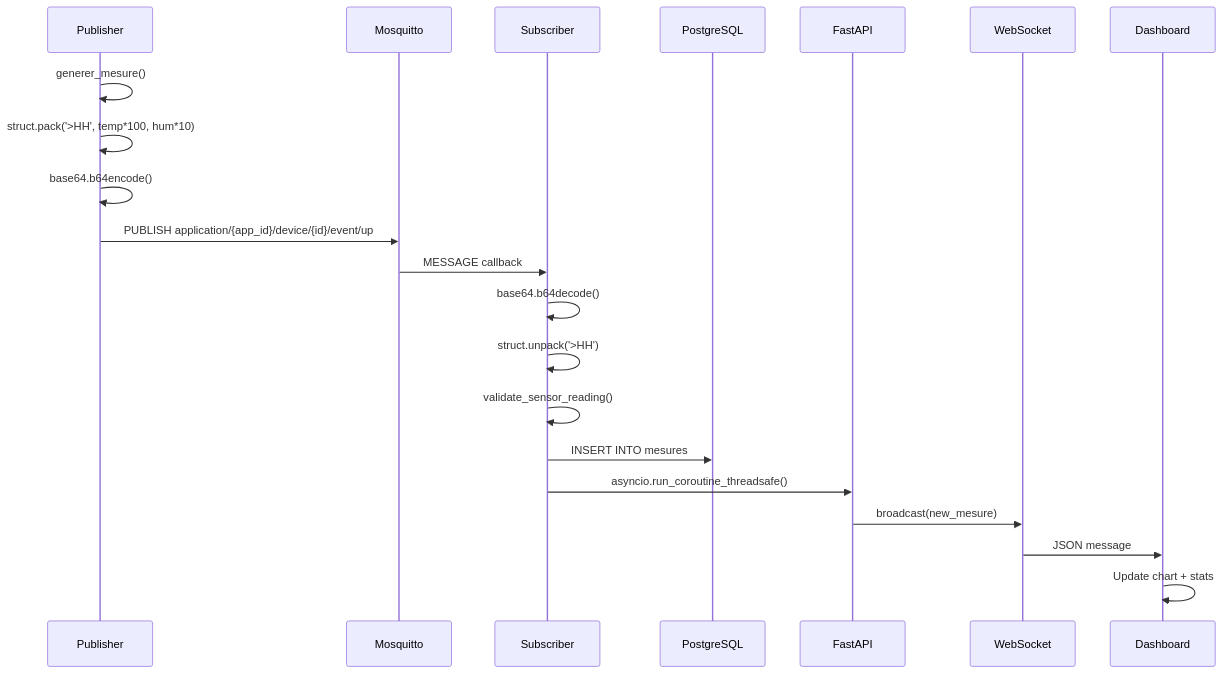
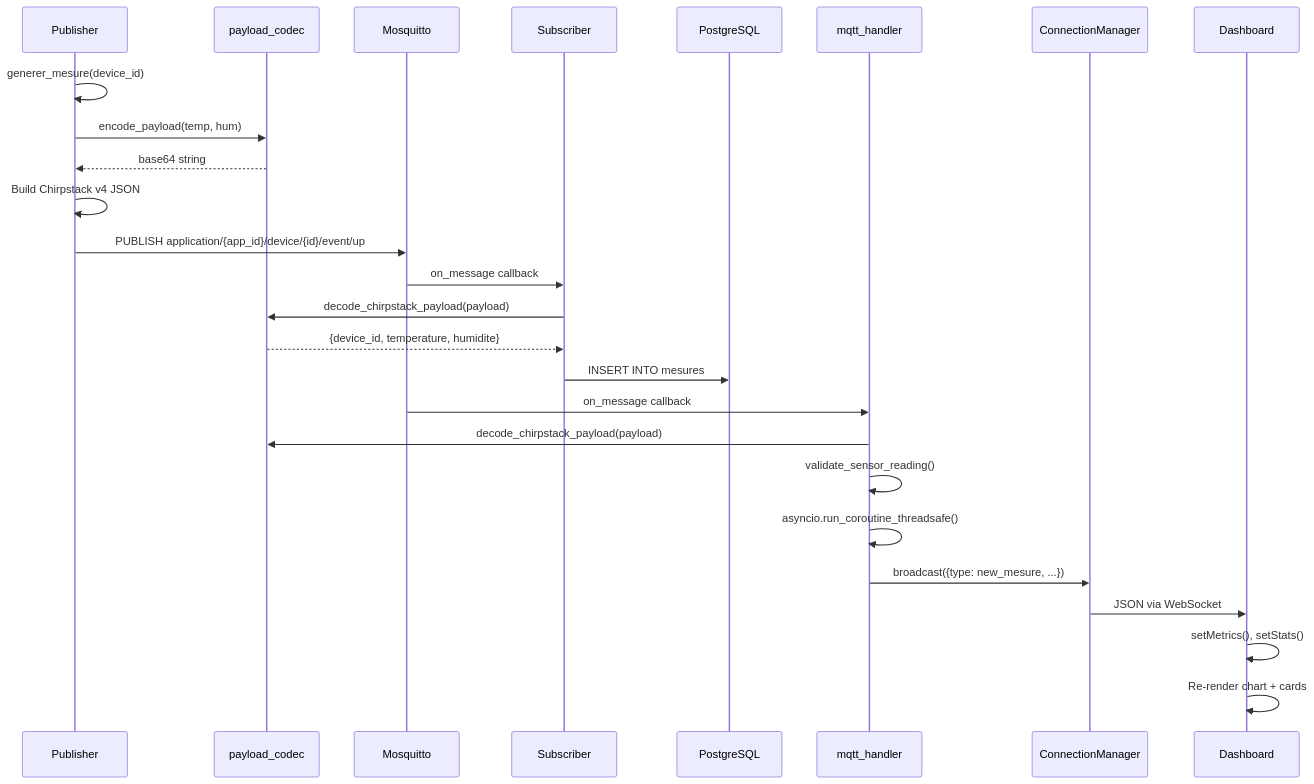
The first of 4 diagrams in docs/architecture/06-runtime.md (sodigitaljeremy/exploreiot), drawn with Mermaid before and after one commit. The commit also changed other lines of this file and 48 other files, not shown here.

First line of the commit message:
docs: restructure documentation — Arc42 diagrams, Diataxis guide, cross-references

````diff
--- a/docs/architecture/06-runtime.md
+++ b/docs/architecture/06-runtime.md
@@ -11,24 +11,32 @@
 ```mermaid
 sequenceDiagram
-    participant P as Publisher
-    participant M as Mosquitto
-    participant S as Subscriber
+    participant PUB as Publisher
+    participant CODEC as payload_codec
+    participant MQ as Mosquitto
+    participant SUB as Subscriber
     participant DB as PostgreSQL
-    participant A as FastAPI
-    participant WS as WebSocket
+    participant MQTT_H as mqtt_handler
+    participant WS as ConnectionManager
     participant UI as Dashboard
 
-    P->>P: generer_mesure()
-    P->>P: struct.pack('>HH', temp*100, hum*10)
-    P->>P: base64.b64encode()
-    P->>M: PUBLISH application/{app_id}/device/{id}/event/up
-    M->>S: MESSAGE callback
-    S->>S: base64.b64decode()
-    S->>S: struct.unpack('>HH')
-    S->>S: validate_sensor_reading()
-    S->>DB: INSERT INTO mesures
-    S->>A: asyncio.run_coroutine_threadsafe()
-    A->>WS: broadcast(new_mesure)
-    WS->>UI: JSON message
-    UI->>UI: Update chart + stats
+    PUB->>PUB: generer_mesure(device_id)
+    PUB->>CODEC: encode_payload(temp, hum)
+    CODEC-->>PUB: base64 string
+    PUB->>PUB: Build Chirpstack v4 JSON
+    PUB->>MQ: PUBLISH application/{app_id}/device/{id}/event/up
+
+    MQ->>SUB: on_message callback
+    SUB->>CODEC: decode_chirpstack_payload(payload)
+    CODEC-->>SUB: {device_id, temperature, humidite}
+    SUB->>DB: INSERT INTO mesures
+
+    MQ->>MQTT_H: on_message callback
+    MQTT_H->>CODEC: decode_chirpstack_payload(payload)
+    MQTT_H->>MQTT_H: validate_sensor_reading()
+    MQTT_H->>MQTT_H: asyncio.run_coroutine_threadsafe()
+    MQTT_H->>WS: broadcast({type: new_mesure, ...})
+    WS->>UI: JSON via WebSocket
+
+    UI->>UI: setMetrics(), setStats()
+    UI->>UI: Re-render chart + cards
 ```
````
